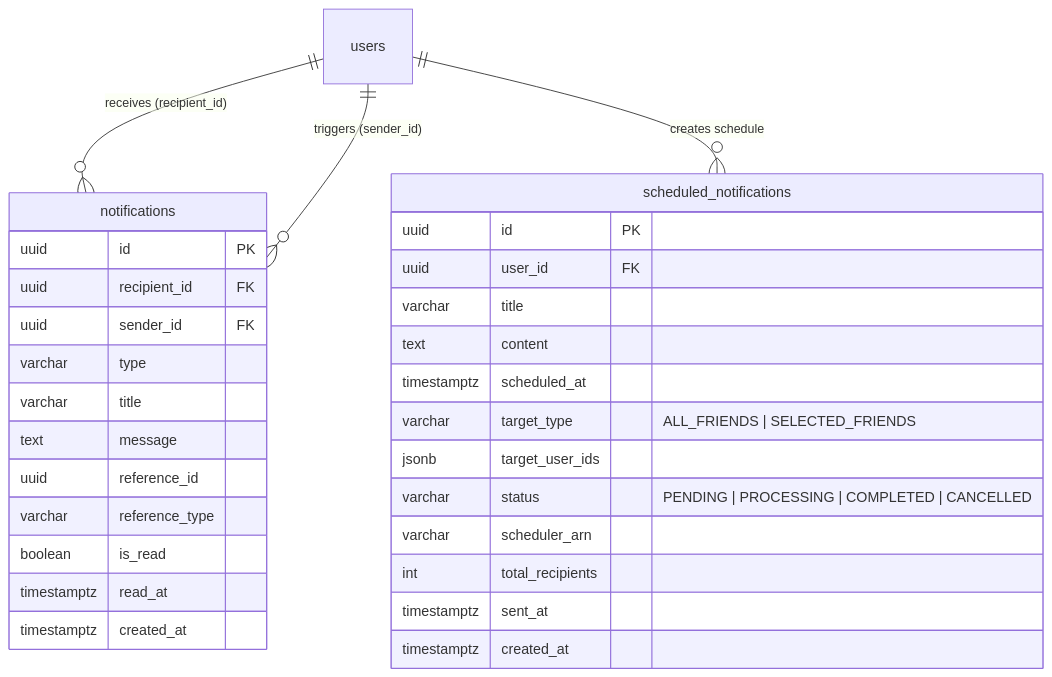
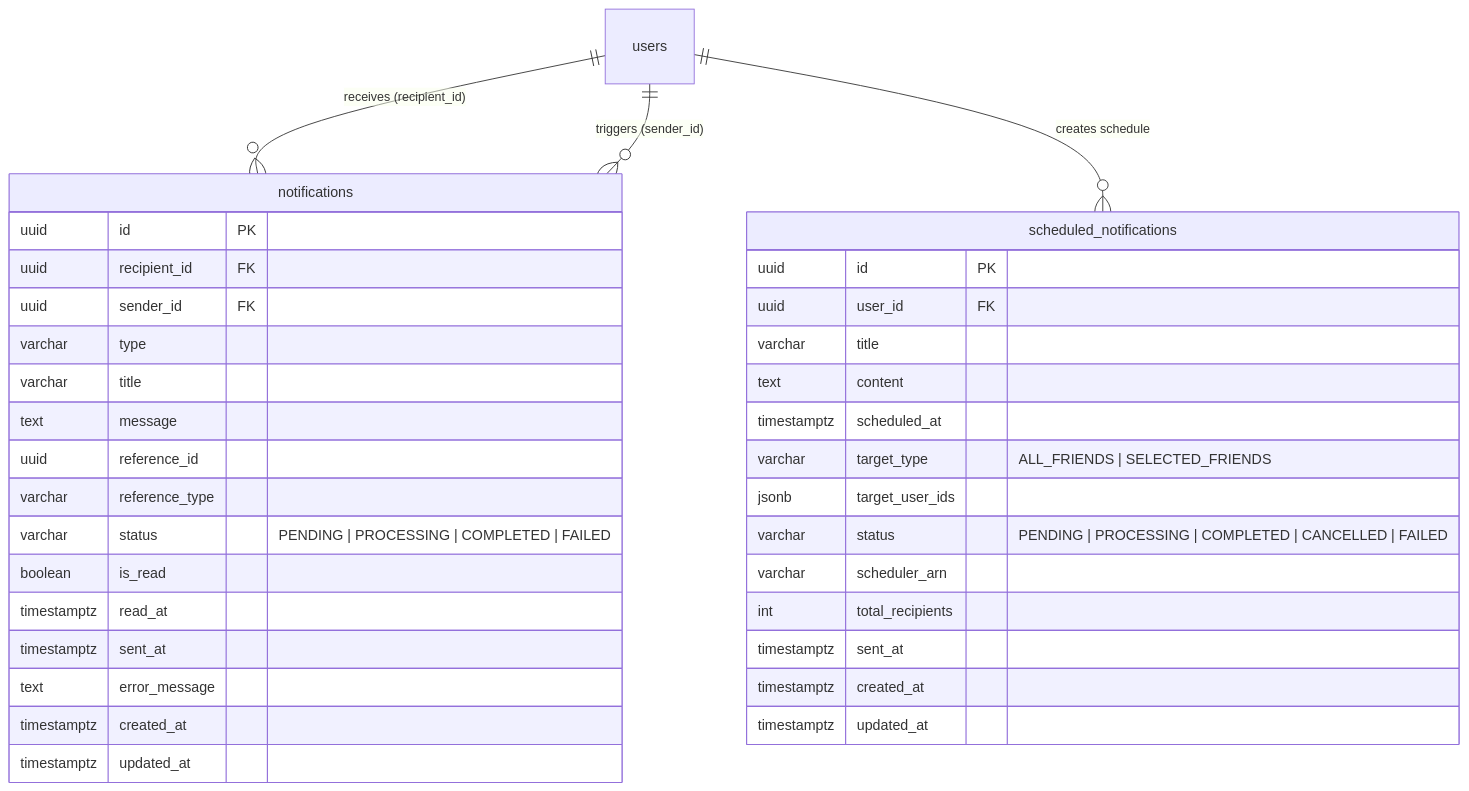
One commit to binhpn212002/aws-social changed the second of 4 diagrams in social-api/specs/notification/basic-design.md. Above: the diagram before and after it, drawn with Mermaid. The commit also changed other lines of this file and 32 other files, not shown here.

````diff
--- a/social-api/specs/notification/basic-design.md
+++ b/social-api/specs/notification/basic-design.md
@@ -87,35 +113,40 @@
 ```mermaid
 erDiagram
     users ||--o{ notifications : "receives (recipient_id)"
     users ||--o{ notifications : "triggers (sender_id)"
     users ||--o{ scheduled_notifications : "creates schedule"
 
     notifications {
         uuid id PK
         uuid recipient_id FK
         uuid sender_id FK
         varchar type
         varchar title
         text message
         uuid reference_id
         varchar reference_type
+        varchar status "PENDING | PROCESSING | COMPLETED | FAILED"
         boolean is_read
         timestamptz read_at
+        timestamptz sent_at
+        text error_message
         timestamptz created_at
+        timestamptz updated_at
     }
 
     scheduled_notifications {
         uuid id PK
         uuid user_id FK
         varchar title
         text content
         timestamptz scheduled_at
         varchar target_type "ALL_FRIENDS | SELECTED_FRIENDS"
         jsonb target_user_ids
-        varchar status "PENDING | PROCESSING | COMPLETED | CANCELLED"
+        varchar status "PENDING | PROCESSING | COMPLETED | CANCELLED | FAILED"
         varchar scheduler_arn
         int total_recipients
         timestamptz sent_at
         timestamptz created_at
+        timestamptz updated_at
     }
 ```
````
